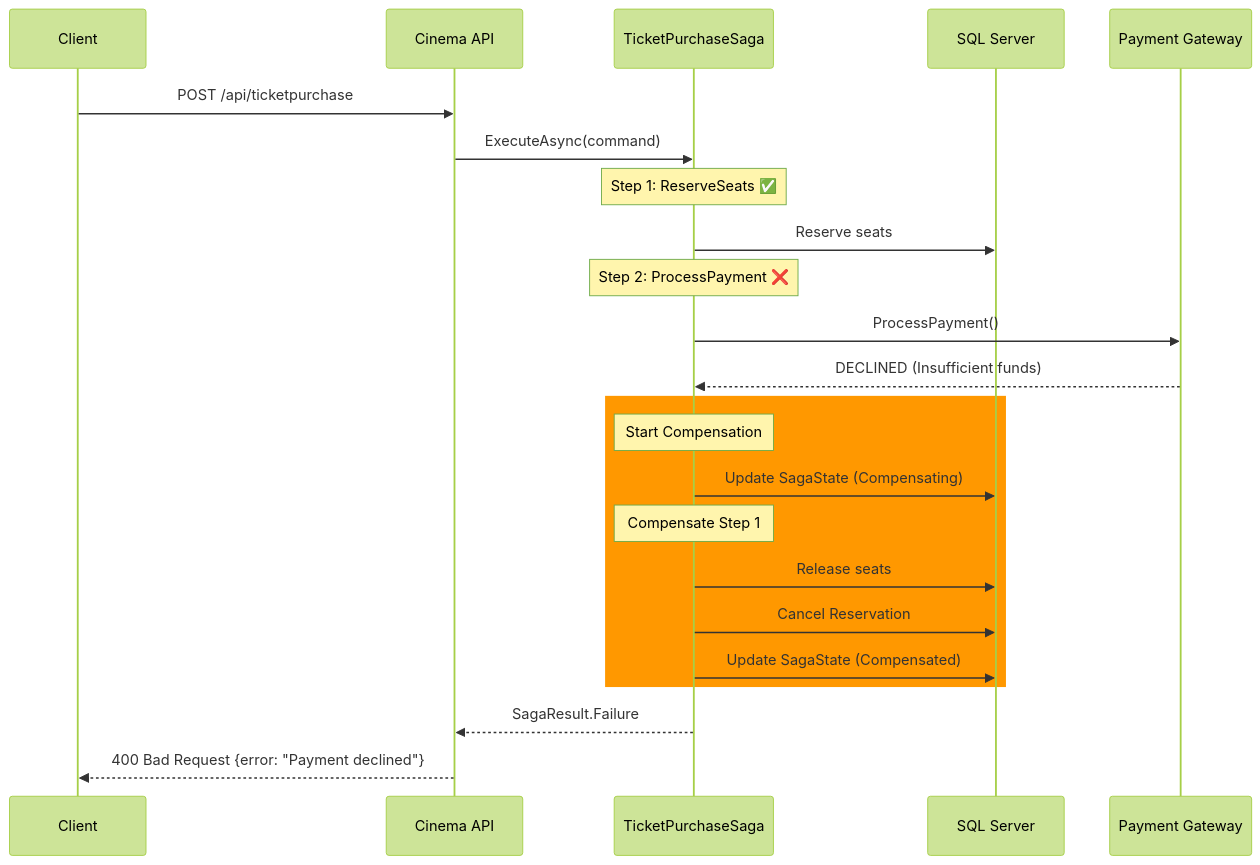
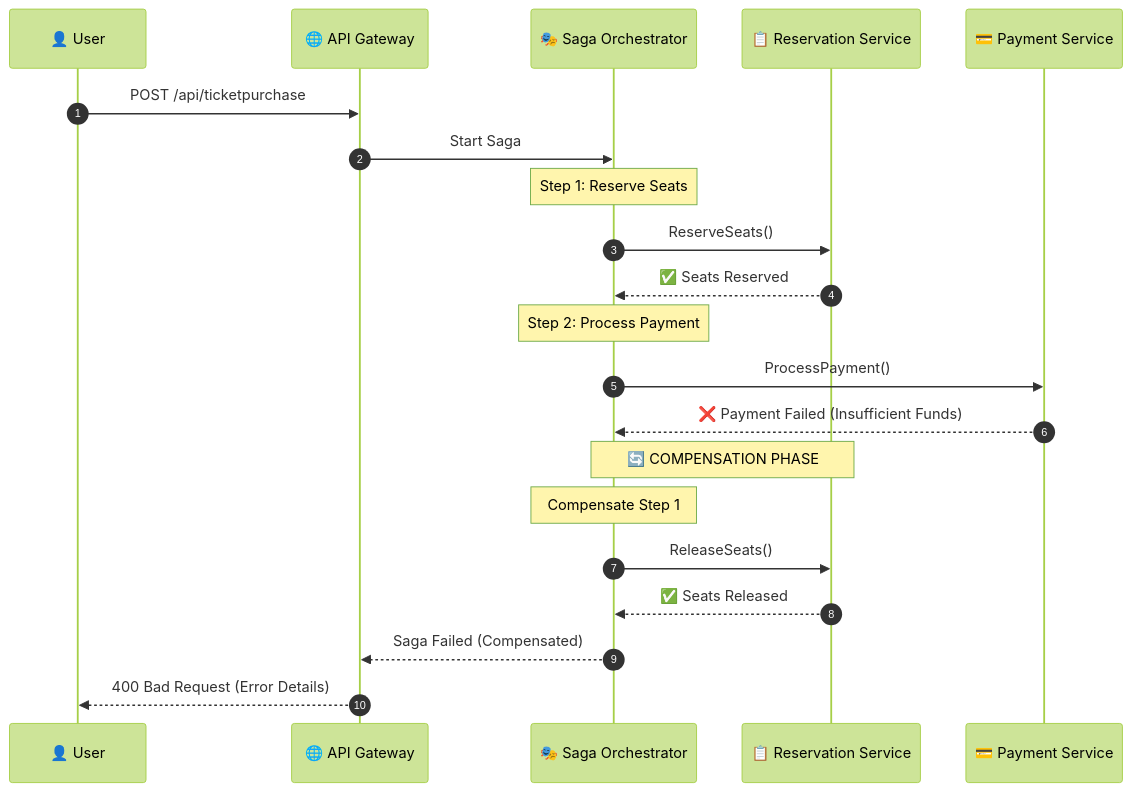
One commit to sonne120/cinema changed the fourth of 5 diagrams in README.md. Above: the diagram before and after it, drawn with Mermaid (forest theme). The commit also changed other lines of this file, not shown here.

````diff
--- a/README.md
+++ b/README.md
@@ -398,32 +460,29 @@
 ```mermaid
 sequenceDiagram
-    participant C as Client
-    participant API as Cinema API
-    participant Saga as TicketPurchaseSaga
-    participant DB as SQL Server
-    participant PG as Payment Gateway
+    autonumber
+    participant User as 👤 User
+    participant API as 🌐 API Gateway
+    participant Saga as 🎭 Saga Orchestrator
+    participant Reservation as 📋 Reservation Service
+    participant Payment as 💳 Payment Service
 
-    C->>API: POST /api/ticketpurchase
-    API->>Saga: ExecuteAsync(command)
+    User->>API: POST /api/ticketpurchase
+    API->>Saga: Start Saga
     
-    Note over Saga: Step 1: ReserveSeats ✅
-    Saga->>DB: Reserve seats
+    Note over Saga: Step 1: Reserve Seats
+    Saga->>Reservation: ReserveSeats()
+    Reservation-->>Saga: ✅ Seats Reserved
     
-    Note over Saga: Step 2: ProcessPayment ❌
-    Saga->>PG: ProcessPayment()
-    PG-->>Saga: DECLINED (Insufficient funds)
+    Note over Saga: Step 2: Process Payment
+    Saga->>Payment: ProcessPayment()
+    Payment-->>Saga: ❌ Payment Failed (Insufficient Funds)
     
-    rect rgb(255, 152, 0)
-        Note over Saga: Start Compensation
-        Saga->>DB: Update SagaState (Compensating)
-        
-        Note over Saga: Compensate Step 1
-        Saga->>DB: Release seats
-        Saga->>DB: Cancel Reservation
-        
-        Saga->>DB: Update SagaState (Compensated)
-    end
+    Note over Saga,Reservation: 🔄 COMPENSATION PHASE
     
-    Saga-->>API: SagaResult.Failure
-    API-->>C: 400 Bad Request {error: "Payment declined"}
+    Note over Saga: Compensate Step 1
+    Saga->>Reservation: ReleaseSeats()
+    Reservation-->>Saga: ✅ Seats Released
+    
+    Saga-->>API: Saga Failed (Compensated)
+    API-->>User: 400 Bad Request (Error Details)
 ```
````
